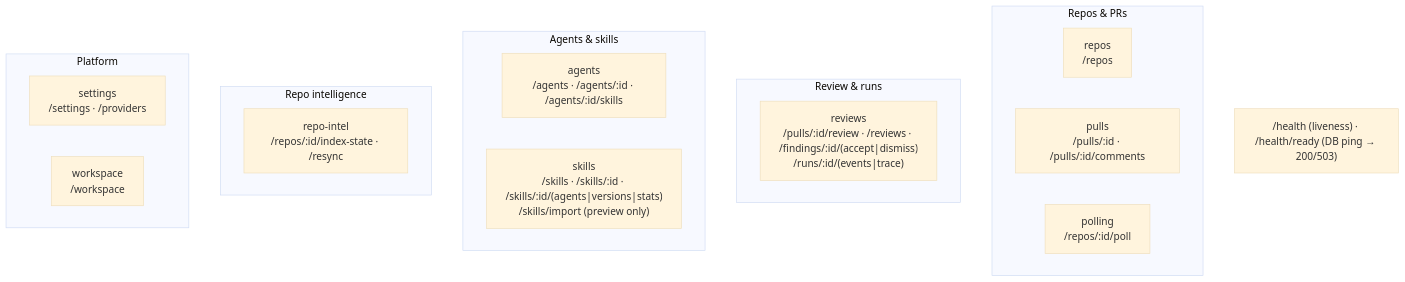
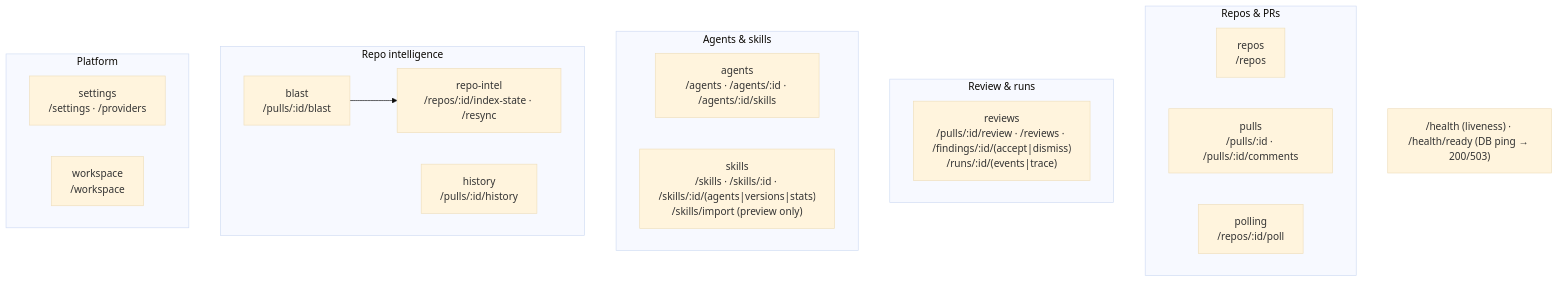
The second of 2 diagrams in server/README.md (OlegDEma/dev-digest), drawn with Mermaid (base theme) before and after one commit. The commit also changed 79 other files, not shown here.

````diff
--- a/server/README.md
+++ b/server/README.md
@@ -64,23 +64,26 @@
 ```mermaid
 flowchart TB
   subgraph Repos_PRs["Repos & PRs"]
     repos["repos<br/>/repos"]
     pulls["pulls<br/>/pulls/:id · /pulls/:id/comments"]
     polling["polling<br/>/repos/:id/poll"]
   end
   subgraph Review["Review & runs"]
     reviews["reviews<br/>/pulls/:id/review · /reviews · /findings/:id/(accept|dismiss)<br/>/runs/:id/(events|trace)"]
   end
   subgraph Agents["Agents & skills"]
     agents["agents<br/>/agents · /agents/:id · /agents/:id/skills"]
     skills["skills<br/>/skills · /skills/:id · /skills/:id/(agents|versions|stats)<br/>/skills/import (preview only)"]
   end
   subgraph Intel["Repo intelligence"]
     repoIntel["repo-intel<br/>/repos/:id/index-state · /resync"]
+    blast["blast<br/>/pulls/:id/blast"]
+    blast --> repoIntel
+    history["history<br/>/pulls/:id/history"]
   end
   subgraph Platform["Platform"]
     settings["settings<br/>/settings · /providers"]
     workspace["workspace<br/>/workspace"]
   end
   HEALTH["/health (liveness) · /health/ready (DB ping → 200/503)"]
 ```
````
